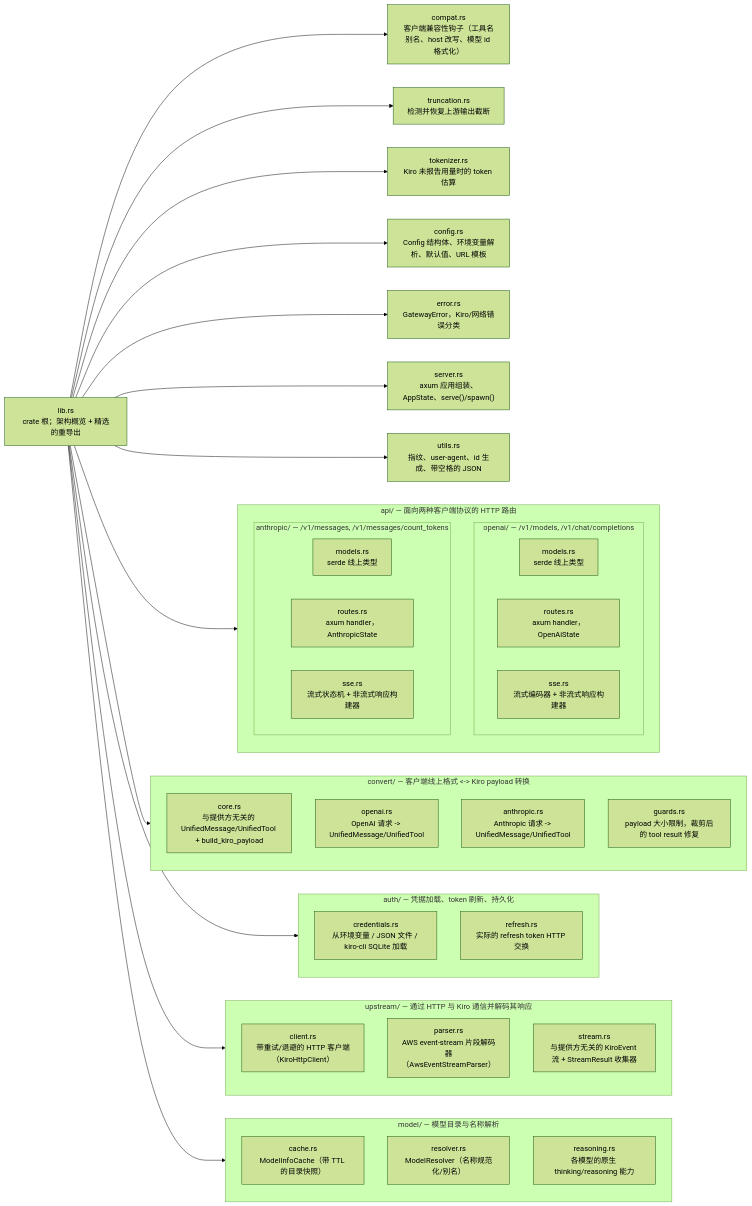
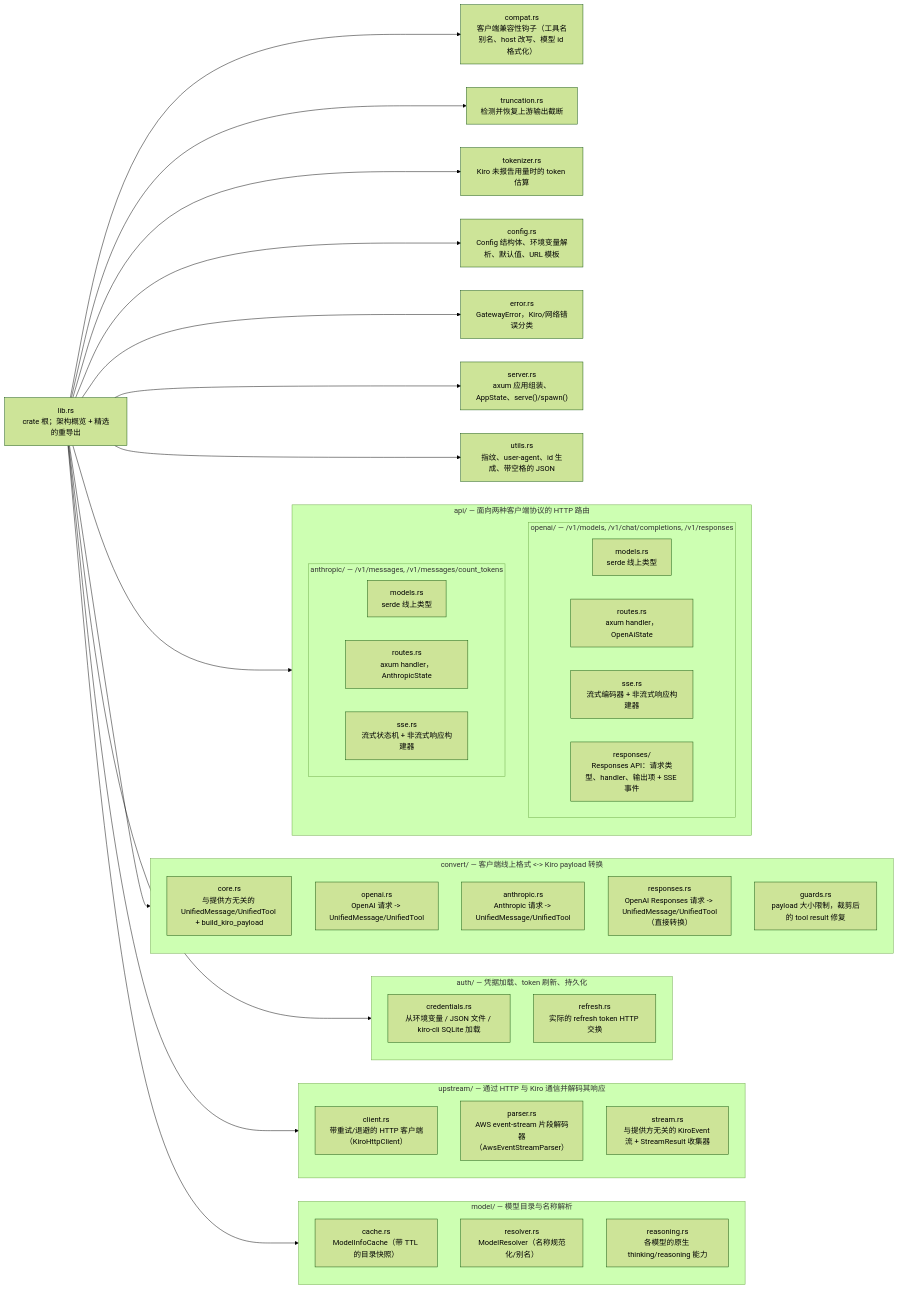
The first of 2 diagrams in docs/zh-CN/architecture.md (dennis0700/Lanius), drawn with Mermaid (forest theme) before and after one commit. The commit also changed 16 other files, not shown here.

First line of the commit message:
feat(api): add OpenAI Responses API (/v1/responses)

````diff
--- a/docs/zh-CN/architecture.md
+++ b/docs/zh-CN/architecture.md
@@ -23,62 +23,64 @@
 ```mermaid
 graph LR
     lib["lib.rs<br/>crate 根；架构概览 + 精选的重导出"]
 
     subgraph api["api/ — 面向两种客户端协议的 HTTP 路由"]
-        subgraph api_openai["openai/ — /v1/models, /v1/chat/completions"]
+        subgraph api_openai["openai/ — /v1/models, /v1/chat/completions, /v1/responses"]
             api_openai_models["models.rs<br/>serde 线上类型"]
             api_openai_routes["routes.rs<br/>axum handler，OpenAiState"]
             api_openai_sse["sse.rs<br/>流式编码器 + 非流式响应构建器"]
+            api_openai_responses["responses/<br/>Responses API：请求类型、handler、输出项 + SSE 事件"]
         end
         subgraph api_anthropic["anthropic/ — /v1/messages, /v1/messages/count_tokens"]
             api_anthropic_models["models.rs<br/>serde 线上类型"]
             api_anthropic_routes["routes.rs<br/>axum handler，AnthropicState"]
             api_anthropic_sse["sse.rs<br/>流式状态机 + 非流式响应构建器"]
         end
     end
 
     subgraph convert["convert/ — 客户端线上格式 &lt;-&gt; Kiro payload 转换"]
         convert_core["core.rs<br/>与提供方无关的 UnifiedMessage/UnifiedTool + build_kiro_payload"]
         convert_openai["openai.rs<br/>OpenAI 请求 -&gt; UnifiedMessage/UnifiedTool"]
         convert_anthropic["anthropic.rs<br/>Anthropic 请求 -&gt; UnifiedMessage/UnifiedTool"]
+        convert_responses["responses.rs<br/>OpenAI Responses 请求 -&gt; UnifiedMessage/UnifiedTool（直接转换）"]
         convert_guards["guards.rs<br/>payload 大小限制，裁剪后的 tool result 修复"]
     end
 
     subgraph auth["auth/ — 凭据加载、token 刷新、持久化"]
         auth_credentials["credentials.rs<br/>从环境变量 / JSON 文件 / kiro-cli SQLite 加载"]
         auth_refresh["refresh.rs<br/>实际的 refresh token HTTP 交换"]
     end
 
     subgraph upstream["upstream/ — 通过 HTTP 与 Kiro 通信并解码其响应"]
         upstream_client["client.rs<br/>带重试/退避的 HTTP 客户端（KiroHttpClient）"]
         upstream_parser["parser.rs<br/>AWS event-stream 片段解码器（AwsEventStreamParser）"]
         upstream_stream["stream.rs<br/>与提供方无关的 KiroEvent 流 + StreamResult 收集器"]
     end
 
     subgraph model["model/ — 模型目录与名称解析"]
         model_cache["cache.rs<br/>ModelInfoCache（带 TTL 的目录快照）"]
         model_resolver["resolver.rs<br/>ModelResolver（名称规范化/别名）"]
         model_reasoning["reasoning.rs<br/>各模型的原生 thinking/reasoning 能力"]
     end
 
     compat["compat.rs<br/>客户端兼容性钩子（工具名别名、host 改写、模型 id 格式化）"]
     truncation["truncation.rs<br/>检测并恢复上游输出截断"]
     tokenizer["tokenizer.rs<br/>Kiro 未报告用量时的 token 估算"]
     config["config.rs<br/>Config 结构体、环境变量解析、默认值、URL 模板"]
     error["error.rs<br/>GatewayError，Kiro/网络错误分类"]
     server["server.rs<br/>axum 应用组装、AppState、serve()/spawn()"]
     utils["utils.rs<br/>指纹、user-agent、id 生成、带空格的 JSON"]
 
     lib --> api
     lib --> convert
     lib --> auth
     lib --> upstream
     lib --> model
     lib --> compat
     lib --> truncation
     lib --> tokenizer
     lib --> config
     lib --> error
     lib --> server
     lib --> utils
 ```
````
